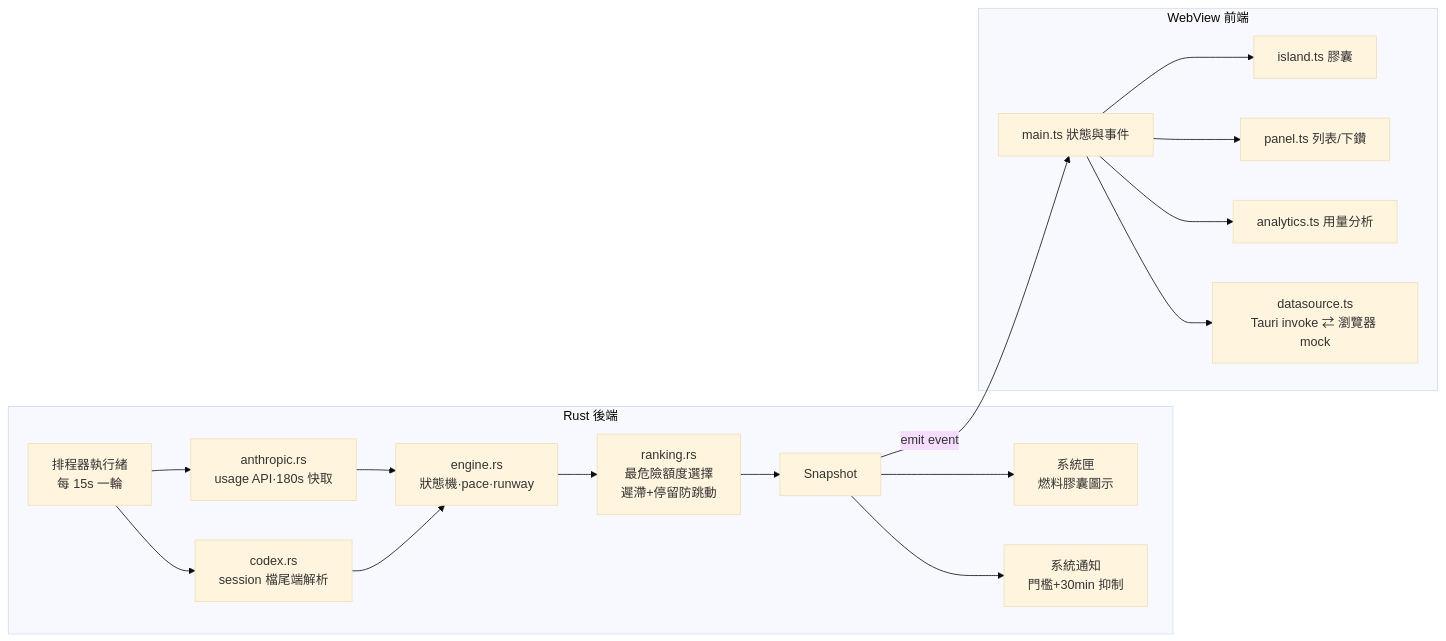
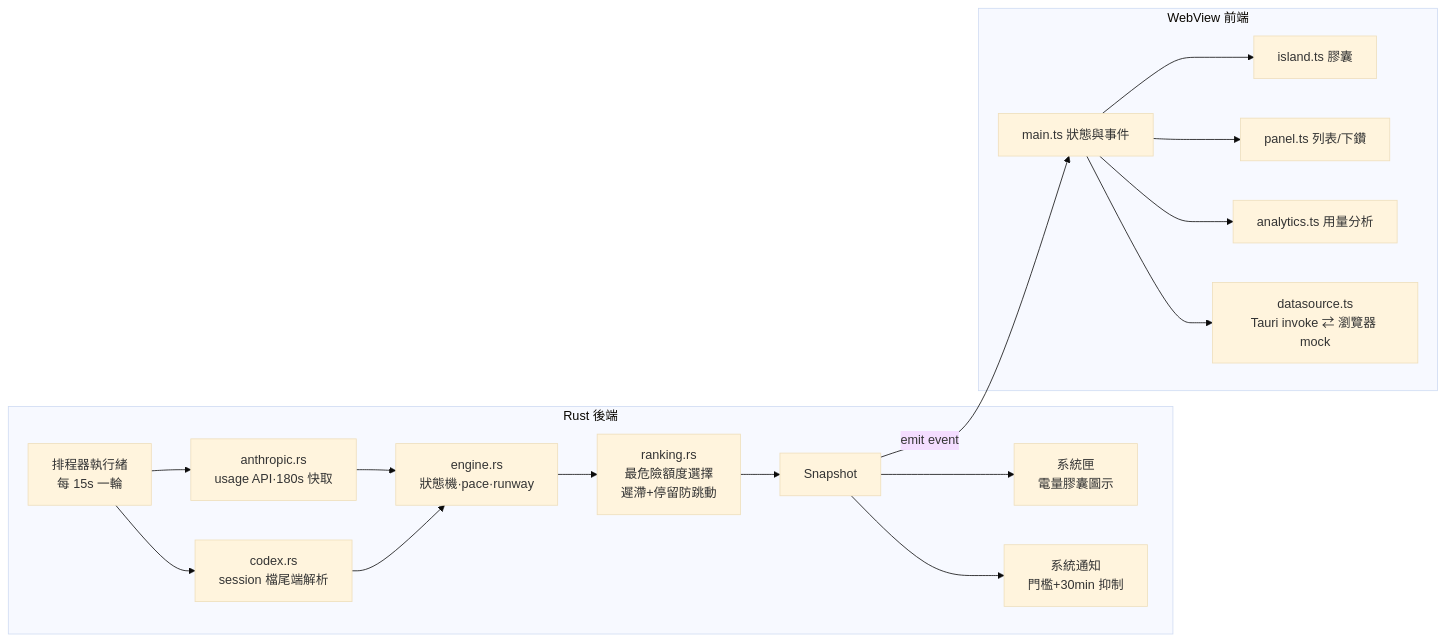
Before and after one commit to Chi19961122/Chi_Tokenbar: the diagram in README.md, drawn with Mermaid (base theme). The commit also changed other lines of this file and 1 other file, not shown here.

````diff
--- a/README.md
+++ b/README.md
@@ -91,19 +91,19 @@
 ```mermaid
 flowchart LR
     subgraph Rust 後端
         S[排程器執行緒<br/>每 15s 一輪] --> PA[anthropic.rs<br/>usage API·180s 快取]
         S --> PC[codex.rs<br/>session 檔尾端解析]
         PA & PC --> E[engine.rs<br/>狀態機·pace·runway]
         E --> R[ranking.rs<br/>最危險額度選擇<br/>遲滯+停留防跳動]
         R --> SNAP[Snapshot]
-        SNAP --> TRAY[系統匣<br/>燃料膠囊圖示]
+        SNAP --> TRAY[系統匣<br/>電量膠囊圖示]
         SNAP --> N[系統通知<br/>門檻+30min 抑制]
     end
     SNAP -- emit event --> F
     subgraph WebView 前端
         F[main.ts 狀態與事件] --> I[island.ts 膠囊]
         F --> P[panel.ts 列表/下鑽]
         F --> A[analytics.ts 用量分析]
         F --> D[datasource.ts<br/>Tauri invoke ⇄ 瀏覽器 mock]
     end
 ```
````
